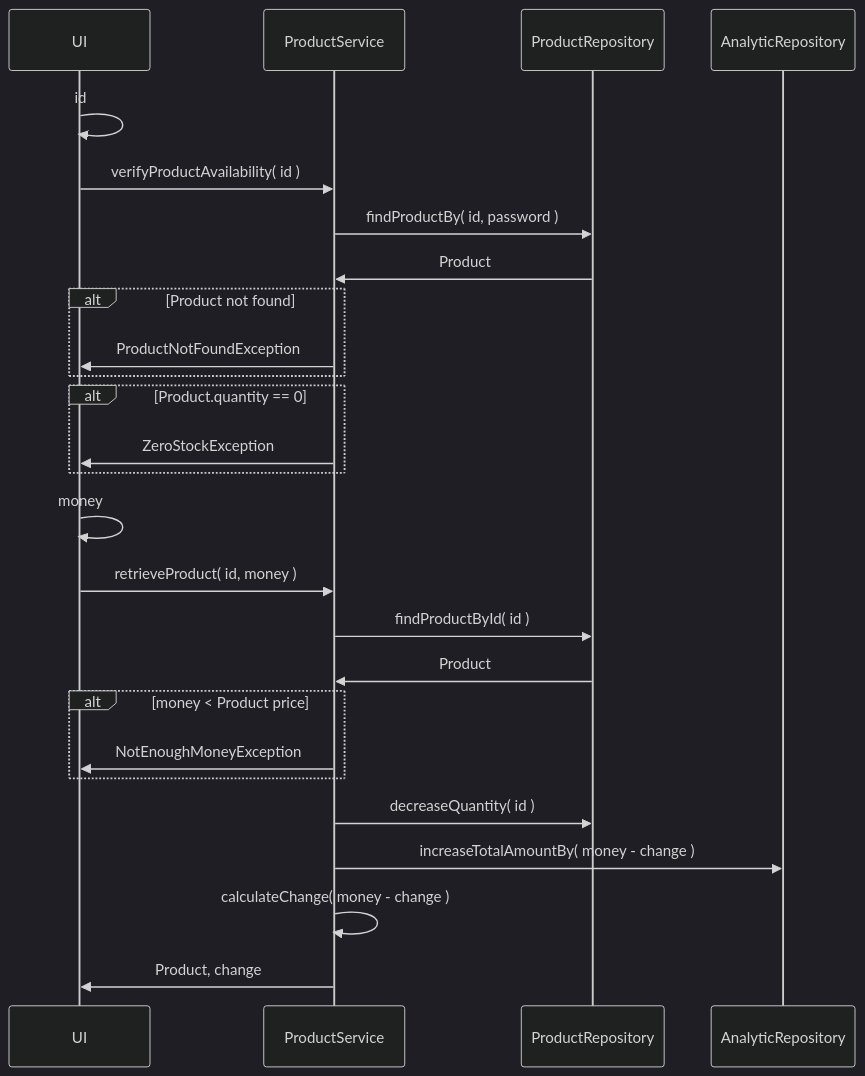
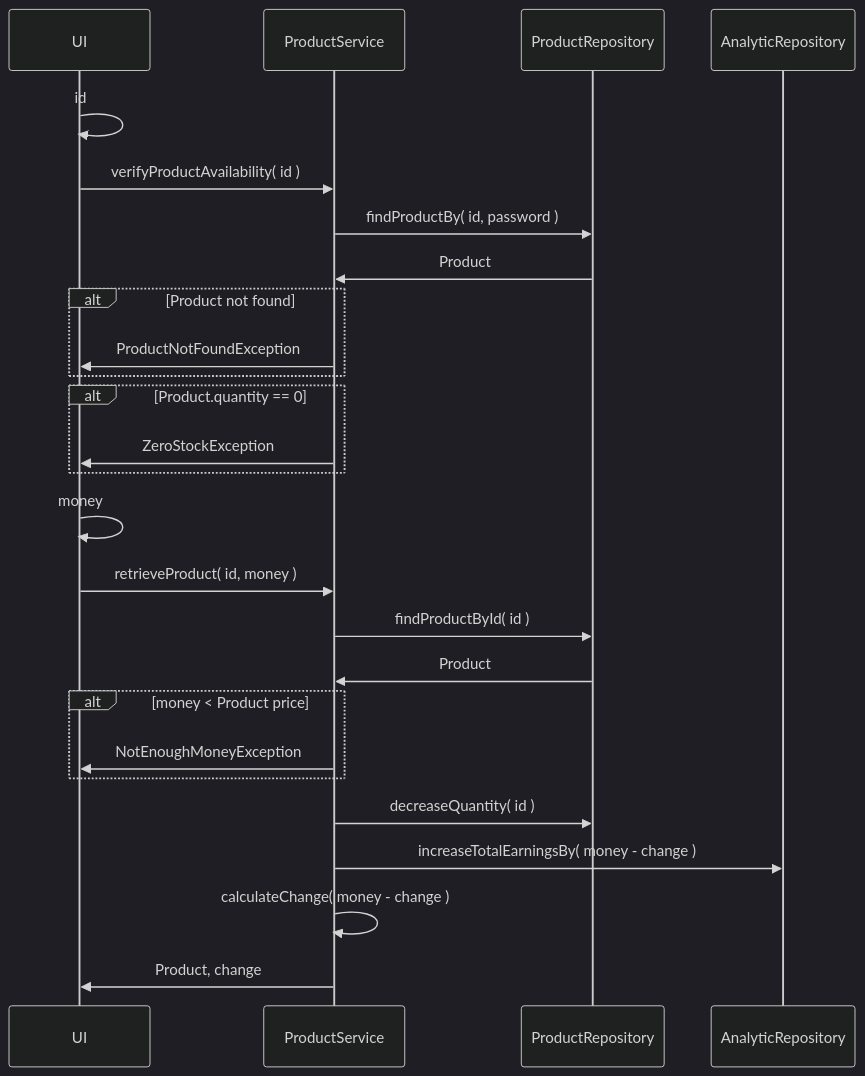
One commit to Apameus/Vending_Machine changed the third of 14 diagrams in README.md. Above: the diagram before and after it, drawn with Mermaid (dark theme). The commit also changed other lines of this file, not shown here.

Commit message:
totalEarnings command added

````diff
--- a/README.md
+++ b/README.md
@@ -63,33 +68,33 @@
 ```mermaid
 sequenceDiagram
 participant UI
 participant PS as ProductService
 participant PR as ProductRepository
 participant AR as AnalyticRepository
 
 UI ->> UI: id
 UI ->> PS: verifyProductAvailability( id )
 PS ->> PR: findProductBy( id, password )
 PR ->> PS: Product
         
 alt Product not found
     PS ->> UI: ProductNotFoundException
 end
 alt Product.quantity == 0
     PS ->> UI: ZeroStockException
 end
 UI ->> UI: money
 
 
 UI ->> PS: retrieveProduct( id, money )
 PS ->> PR: findProductById( id )
 PR ->> PS: Product
 alt money < Product price
     PS ->> UI: NotEnoughMoneyException
 end
 
 PS ->> PR: decreaseQuantity( id )
-PS ->> AR: increaseTotalAmountBy( money - change )
+PS ->> AR: increaseTotalEarningsBy( money - change )
 PS ->> PS: calculateChange( money - change )
 PS ->> UI: Product, change
 ```
````
